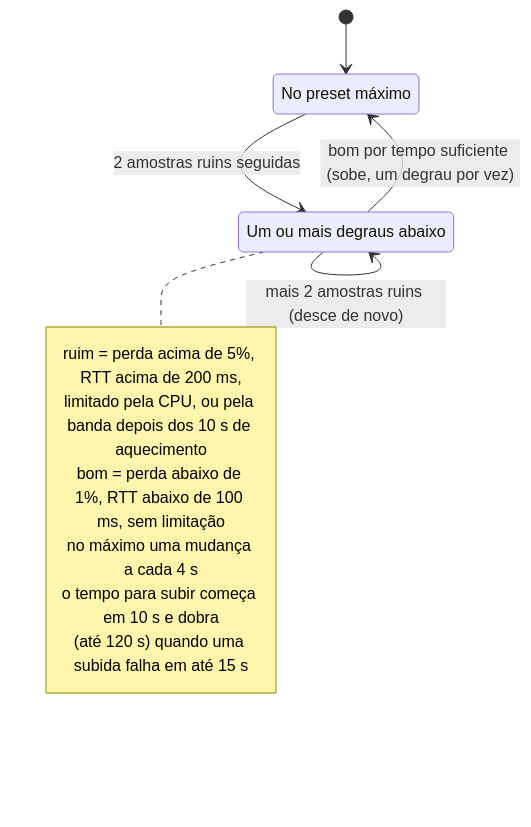
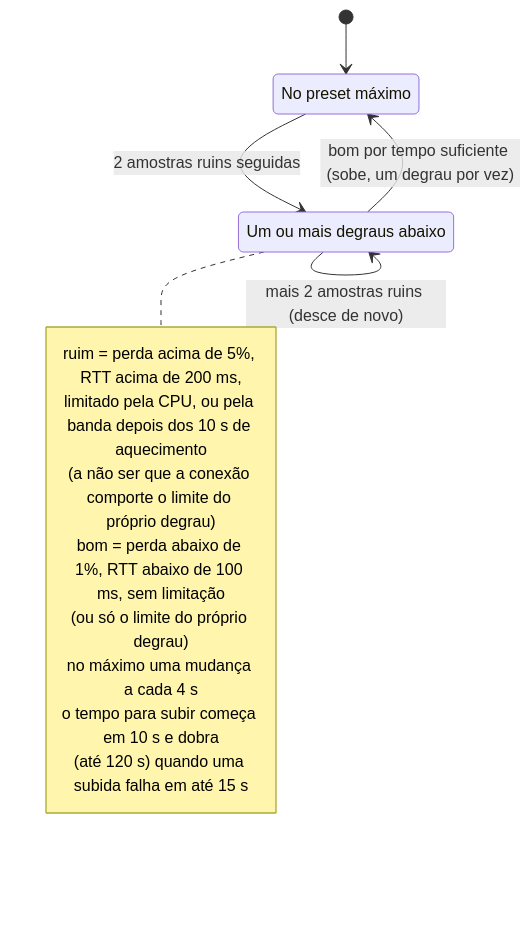
One commit to nsfxu/lan-screenshare changed the fourth of 6 diagrams in docs/pt-BR/media-pipeline.md. Above: the diagram before and after it, drawn with Mermaid. The commit also changed other lines of this file and 6 other files, not shown here.

````diff
--- a/docs/pt-BR/media-pipeline.md
+++ b/docs/pt-BR/media-pipeline.md
@@ -134,17 +134,19 @@
 ```mermaid
 stateDiagram-v2
   [*] --> Level0
   Level0: No preset máximo
   Lower: Um ou mais degraus abaixo
   Level0 --> Lower: 2 amostras ruins seguidas
   Lower --> Lower: mais 2 amostras ruins (desce de novo)
   Lower --> Level0: bom por tempo suficiente (sobe, um degrau por vez)
   note right of Lower
     ruim = perda acima de 5%, RTT acima de 200 ms,
     limitado pela CPU, ou pela banda depois dos 10 s de aquecimento
+    (a não ser que a conexão comporte o limite do próprio degrau)
     bom = perda abaixo de 1%, RTT abaixo de 100 ms, sem limitação
+    (ou só o limite do próprio degrau)
     no máximo uma mudança a cada 4 s
     o tempo para subir começa em 10 s e dobra
     (até 120 s) quando uma subida falha em até 15 s
   end note
 ```
````
